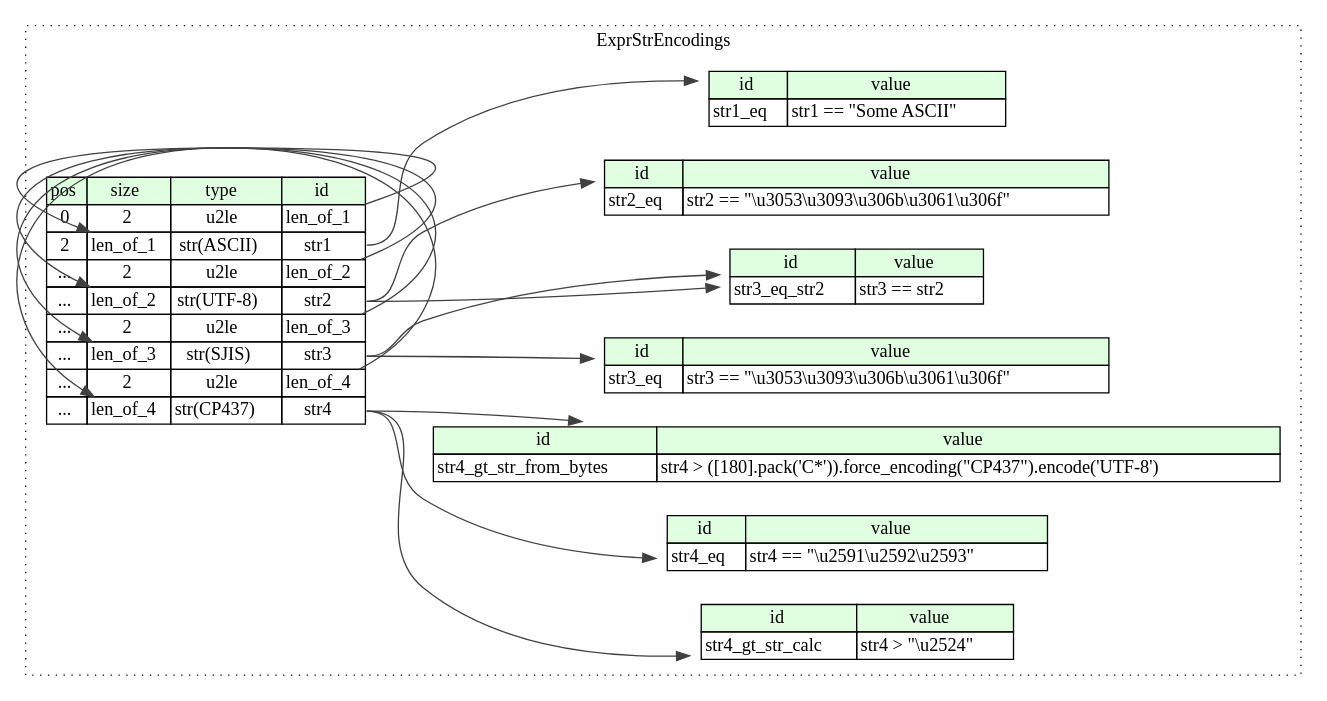
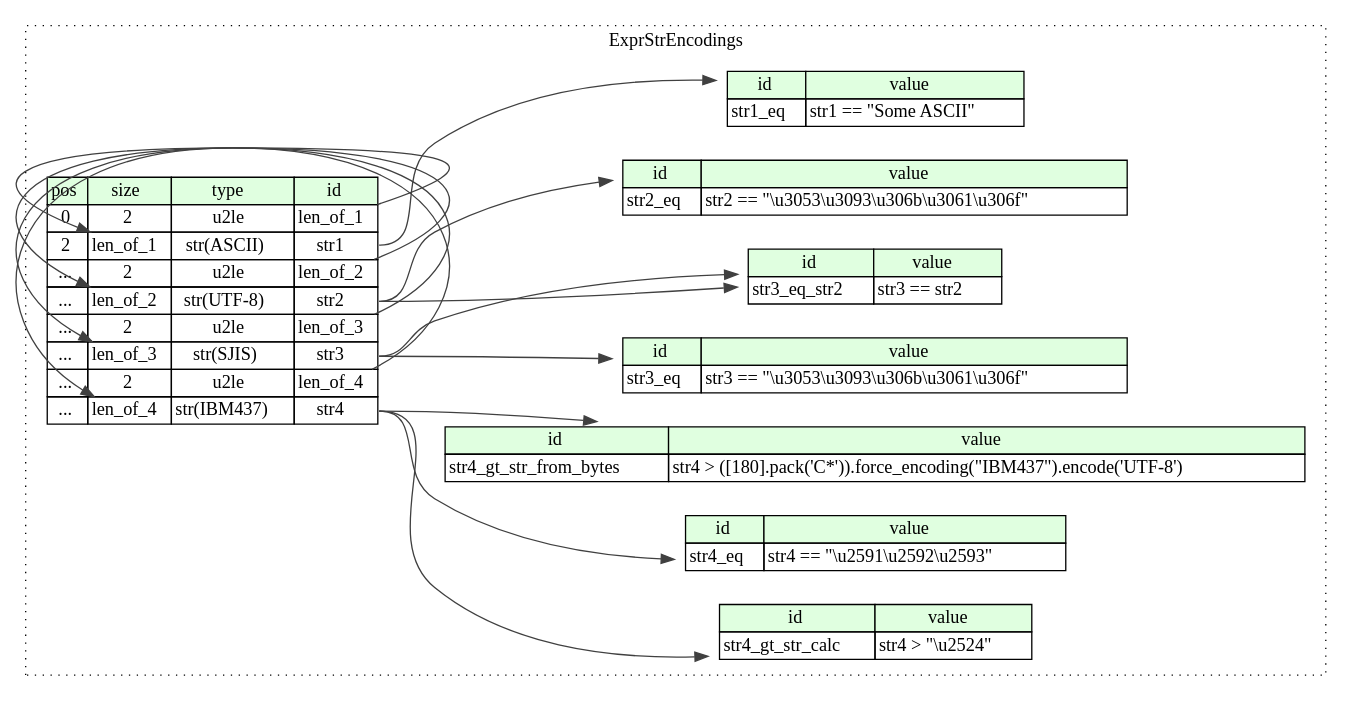
Before and after one commit to kaitai-io/ci_targets: the diagram in compiled/graphviz/expr_str_encodings.dot, drawn with Graphviz. The commit also changed 279 other files, not shown here.

```diff
--- a/compiled/graphviz/expr_str_encodings.dot
+++ b/compiled/graphviz/expr_str_encodings.dot
@@ -1,60 +1,60 @@
 digraph {
 	rankdir=LR;
 	node [shape=plaintext];
 	subgraph cluster__expr_str_encodings {
 		label="ExprStrEncodings";
 		graph[style=dotted];
 
 		expr_str_encodings__seq [label=<<TABLE BORDER="0" CELLBORDER="1" CELLSPACING="0">
 			<TR><TD BGCOLOR="#E0FFE0">pos</TD><TD BGCOLOR="#E0FFE0">size</TD><TD BGCOLOR="#E0FFE0">type</TD><TD BGCOLOR="#E0FFE0">id</TD></TR>
 			<TR><TD PORT="len_of_1_pos">0</TD><TD PORT="len_of_1_size">2</TD><TD>u2le</TD><TD PORT="len_of_1_type">len_of_1</TD></TR>
 			<TR><TD PORT="str1_pos">2</TD><TD PORT="str1_size">len_of_1</TD><TD>str(ASCII)</TD><TD PORT="str1_type">str1</TD></TR>
 			<TR><TD PORT="len_of_2_pos">...</TD><TD PORT="len_of_2_size">2</TD><TD>u2le</TD><TD PORT="len_of_2_type">len_of_2</TD></TR>
 			<TR><TD PORT="str2_pos">...</TD><TD PORT="str2_size">len_of_2</TD><TD>str(UTF-8)</TD><TD PORT="str2_type">str2</TD></TR>
 			<TR><TD PORT="len_of_3_pos">...</TD><TD PORT="len_of_3_size">2</TD><TD>u2le</TD><TD PORT="len_of_3_type">len_of_3</TD></TR>
 			<TR><TD PORT="str3_pos">...</TD><TD PORT="str3_size">len_of_3</TD><TD>str(SJIS)</TD><TD PORT="str3_type">str3</TD></TR>
 			<TR><TD PORT="len_of_4_pos">...</TD><TD PORT="len_of_4_size">2</TD><TD>u2le</TD><TD PORT="len_of_4_type">len_of_4</TD></TR>
-			<TR><TD PORT="str4_pos">...</TD><TD PORT="str4_size">len_of_4</TD><TD>str(CP437)</TD><TD PORT="str4_type">str4</TD></TR>
+			<TR><TD PORT="str4_pos">...</TD><TD PORT="str4_size">len_of_4</TD><TD>str(IBM437)</TD><TD PORT="str4_type">str4</TD></TR>
 		</TABLE>>];
 		expr_str_encodings__inst__str4_gt_str_from_bytes [label=<<TABLE BORDER="0" CELLBORDER="1" CELLSPACING="0">
 			<TR><TD BGCOLOR="#E0FFE0">id</TD><TD BGCOLOR="#E0FFE0">value</TD></TR>
-			<TR><TD>str4_gt_str_from_bytes</TD><TD>str4 &gt; ([180].pack('C*')).force_encoding(&quot;CP437&quot;).encode('UTF-8')</TD></TR>
+			<TR><TD>str4_gt_str_from_bytes</TD><TD>str4 &gt; ([180].pack('C*')).force_encoding(&quot;IBM437&quot;).encode('UTF-8')</TD></TR>
 		</TABLE>>];
 		expr_str_encodings__inst__str1_eq [label=<<TABLE BORDER="0" CELLBORDER="1" CELLSPACING="0">
 			<TR><TD BGCOLOR="#E0FFE0">id</TD><TD BGCOLOR="#E0FFE0">value</TD></TR>
 			<TR><TD>str1_eq</TD><TD>str1 == &quot;Some ASCII&quot;</TD></TR>
 		</TABLE>>];
 		expr_str_encodings__inst__str4_eq [label=<<TABLE BORDER="0" CELLBORDER="1" CELLSPACING="0">
 			<TR><TD BGCOLOR="#E0FFE0">id</TD><TD BGCOLOR="#E0FFE0">value</TD></TR>
 			<TR><TD>str4_eq</TD><TD>str4 == &quot;\u2591\u2592\u2593&quot;</TD></TR>
 		</TABLE>>];
 		expr_str_encodings__inst__str3_eq_str2 [label=<<TABLE BORDER="0" CELLBORDER="1" CELLSPACING="0">
 			<TR><TD BGCOLOR="#E0FFE0">id</TD><TD BGCOLOR="#E0FFE0">value</TD></TR>
 			<TR><TD>str3_eq_str2</TD><TD>str3 == str2</TD></TR>
 		</TABLE>>];
 		expr_str_encodings__inst__str4_gt_str_calc [label=<<TABLE BORDER="0" CELLBORDER="1" CELLSPACING="0">
 			<TR><TD BGCOLOR="#E0FFE0">id</TD><TD BGCOLOR="#E0FFE0">value</TD></TR>
 			<TR><TD>str4_gt_str_calc</TD><TD>str4 &gt; &quot;\u2524&quot;</TD></TR>
 		</TABLE>>];
 		expr_str_encodings__inst__str2_eq [label=<<TABLE BORDER="0" CELLBORDER="1" CELLSPACING="0">
 			<TR><TD BGCOLOR="#E0FFE0">id</TD><TD BGCOLOR="#E0FFE0">value</TD></TR>
 			<TR><TD>str2_eq</TD><TD>str2 == &quot;\u3053\u3093\u306b\u3061\u306f&quot;</TD></TR>
 		</TABLE>>];
 		expr_str_encodings__inst__str3_eq [label=<<TABLE BORDER="0" CELLBORDER="1" CELLSPACING="0">
 			<TR><TD BGCOLOR="#E0FFE0">id</TD><TD BGCOLOR="#E0FFE0">value</TD></TR>
 			<TR><TD>str3_eq</TD><TD>str3 == &quot;\u3053\u3093\u306b\u3061\u306f&quot;</TD></TR>
 		</TABLE>>];
 	}
 	expr_str_encodings__seq:len_of_1_type -> expr_str_encodings__seq:str1_size [color="#404040"];
 	expr_str_encodings__seq:len_of_2_type -> expr_str_encodings__seq:str2_size [color="#404040"];
 	expr_str_encodings__seq:len_of_3_type -> expr_str_encodings__seq:str3_size [color="#404040"];
 	expr_str_encodings__seq:len_of_4_type -> expr_str_encodings__seq:str4_size [color="#404040"];
 	expr_str_encodings__seq:str4_type -> expr_str_encodings__inst__str4_gt_str_from_bytes [color="#404040"];
 	expr_str_encodings__seq:str1_type -> expr_str_encodings__inst__str1_eq [color="#404040"];
 	expr_str_encodings__seq:str4_type -> expr_str_encodings__inst__str4_eq [color="#404040"];
 	expr_str_encodings__seq:str3_type -> expr_str_encodings__inst__str3_eq_str2 [color="#404040"];
 	expr_str_encodings__seq:str2_type -> expr_str_encodings__inst__str3_eq_str2 [color="#404040"];
 	expr_str_encodings__seq:str4_type -> expr_str_encodings__inst__str4_gt_str_calc [color="#404040"];
 	expr_str_encodings__seq:str2_type -> expr_str_encodings__inst__str2_eq [color="#404040"];
 	expr_str_encodings__seq:str3_type -> expr_str_encodings__inst__str3_eq [color="#404040"];
 }
```
